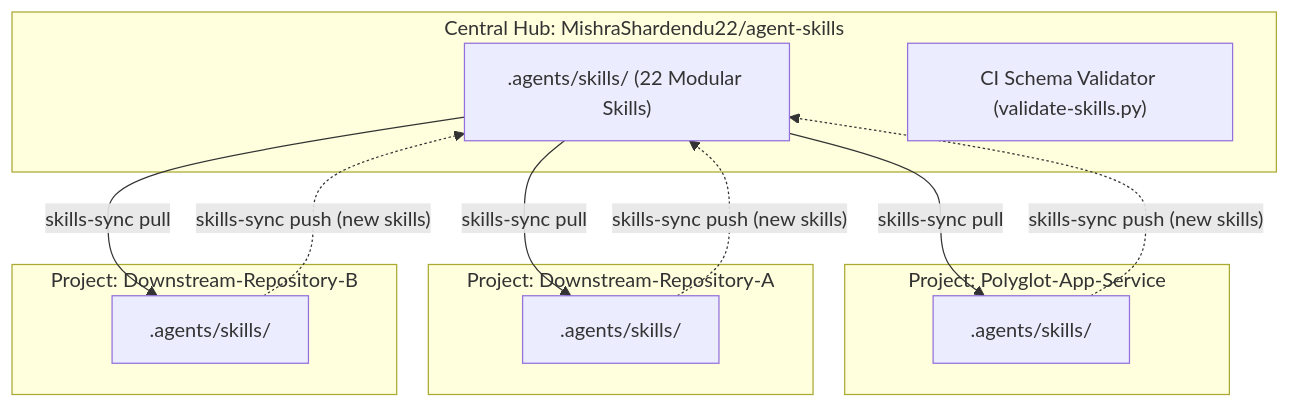
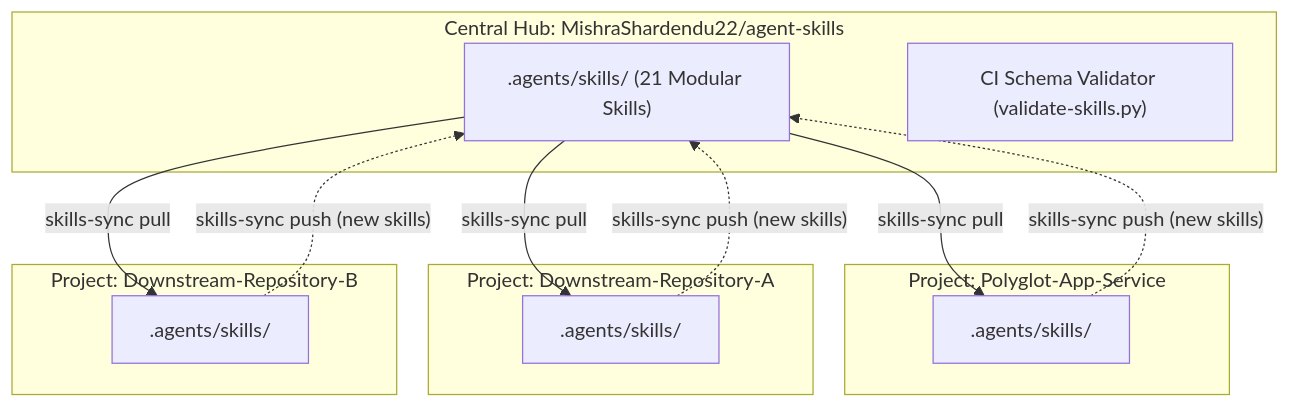
One commit to Career-Cafe/agent-skills-hub-sync-engine changed the diagram in README.md. Above: the diagram before and after it, drawn with Mermaid. The commit also changed other lines of this file and 20 other files, not shown here.

````diff
--- a/README.md
+++ b/README.md
@@ -58,27 +58,27 @@
 ```mermaid
 flowchart TD
     subgraph Hub["Central Hub: MishraShardendu22/agent-skills"]
-        MasterSkills[".agents/skills/ (22 Modular Skills)"]
+        MasterSkills[".agents/skills/ (21 Modular Skills)"]
         Validator["CI Schema Validator (validate-skills.py)"]
     end
 
     subgraph Repo1["Project: Polyglot-App-Service"]
         P1Skills[".agents/skills/"]
     end
 
     subgraph Repo2["Project: Downstream-Repository-A"]
         P2Skills[".agents/skills/"]
     end
 
     subgraph Repo3["Project: Downstream-Repository-B"]
         P3Skills[".agents/skills/"]
     end
 
     MasterSkills -- "skills-sync pull" --> P1Skills
     MasterSkills -- "skills-sync pull" --> P2Skills
     MasterSkills -- "skills-sync pull" --> P3Skills
 
     P1Skills -. "skills-sync push (new skills)" .-> MasterSkills
     P2Skills -. "skills-sync push (new skills)" .-> MasterSkills
     P3Skills -. "skills-sync push (new skills)" .-> MasterSkills
 ```
````
